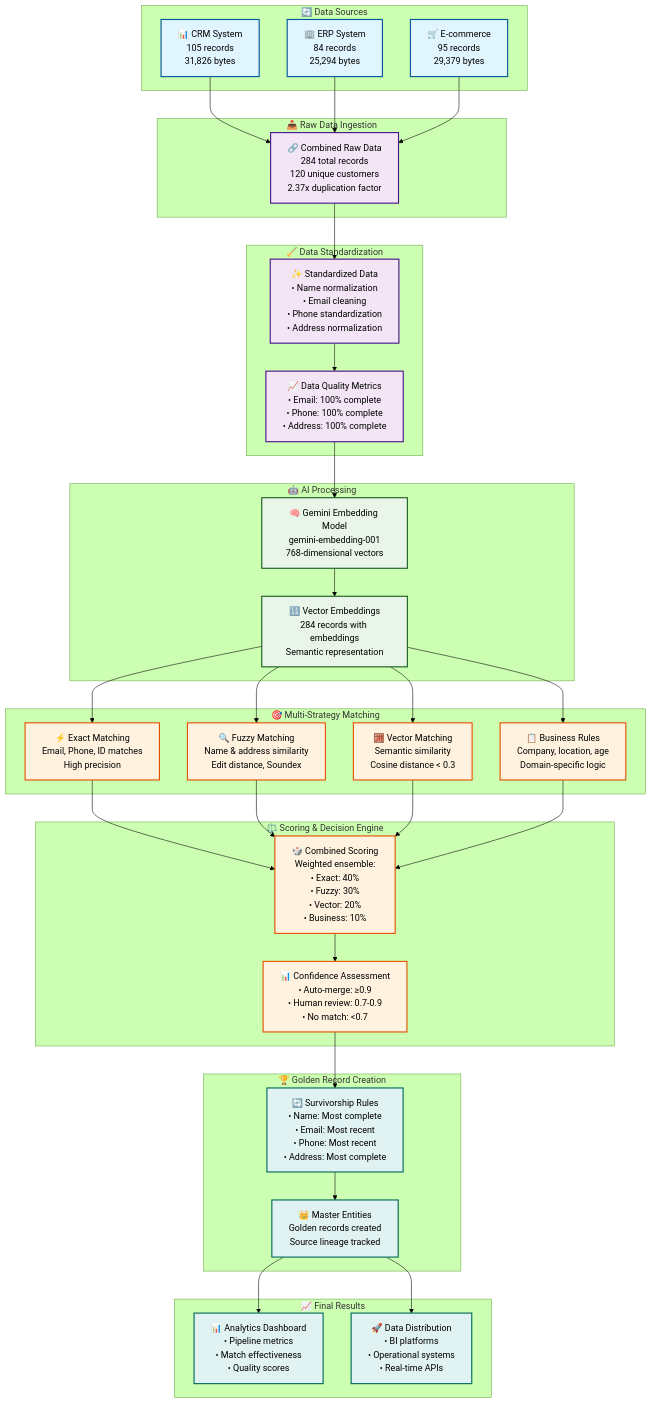
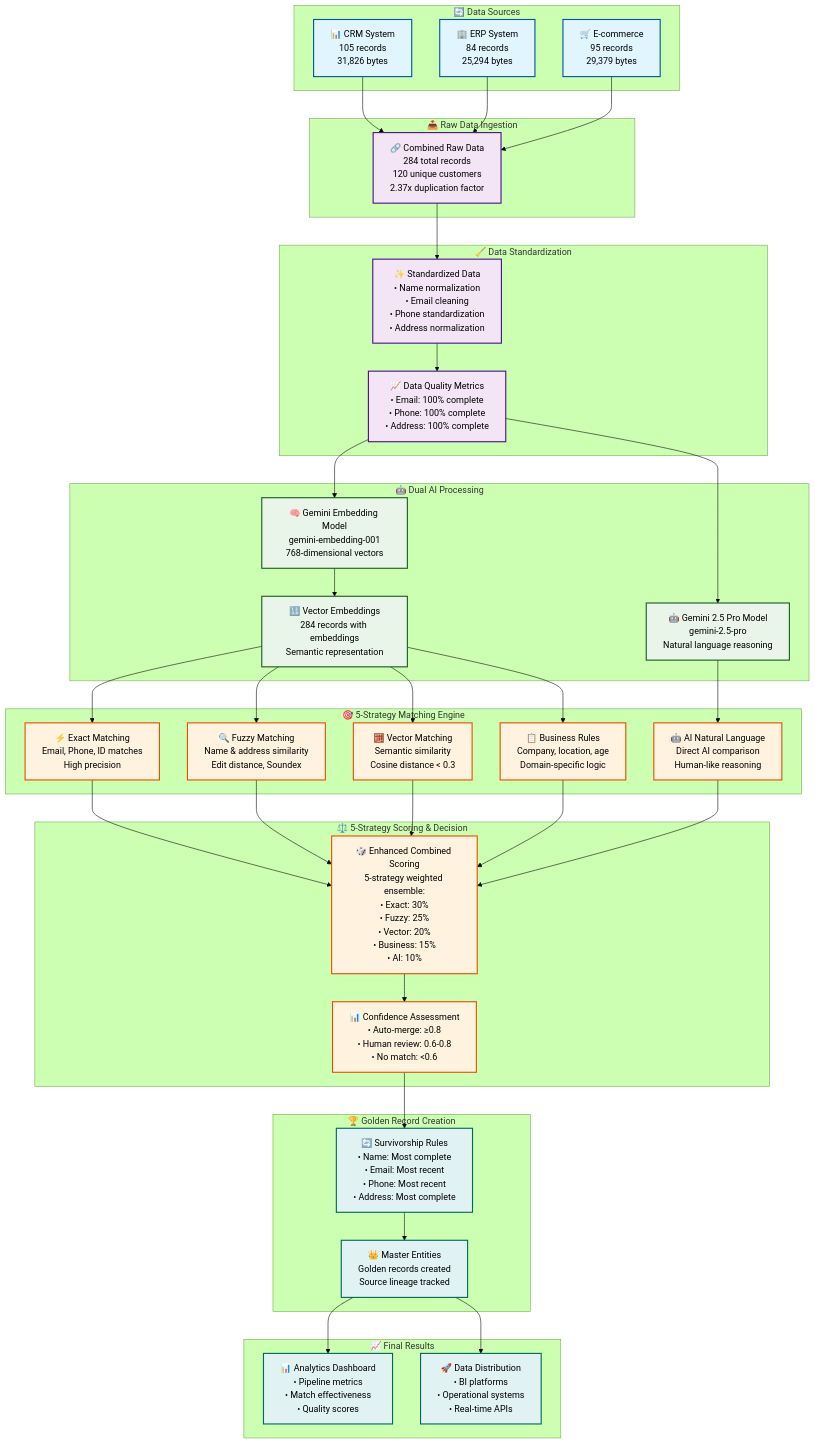
One commit to johanesalxd/mdm-gcp changed the first of 4 diagrams in batch_mdm_gcp/MDM_BATCH_RESULTS.md. Above: the diagram before and after it, drawn with Mermaid (forest theme). The commit also changed other lines of this file and 2 other files, not shown here.

````diff
--- a/batch_mdm_gcp/MDM_BATCH_RESULTS.md
+++ b/batch_mdm_gcp/MDM_BATCH_RESULTS.md
@@ -35,23 +35,25 @@
     end
 
     %% AI Processing
-    subgraph AI["🤖 AI Processing"]
+    subgraph AI["🤖 Dual AI Processing"]
         MODEL["🧠 Gemini Embedding Model<br/>gemini-embedding-001<br/>768-dimensional vectors"]
         EMBED["🔢 Vector Embeddings<br/>284 records with embeddings<br/>Semantic representation"]
+        AI_MODEL["🤖 Gemini 2.5 Pro Model<br/>gemini-2.5-pro<br/>Natural language reasoning"]
     end
 
     %% Matching Engine
-    subgraph Matching["🎯 Multi-Strategy Matching"]
+    subgraph Matching["🎯 5-Strategy Matching Engine"]
         EXACT["⚡ Exact Matching<br/>Email, Phone, ID matches<br/>High precision"]
         FUZZY["🔍 Fuzzy Matching<br/>Name & address similarity<br/>Edit distance, Soundex"]
         VECTOR["🧮 Vector Matching<br/>Semantic similarity<br/>Cosine distance < 0.3"]
         BUSINESS["📋 Business Rules<br/>Company, location, age<br/>Domain-specific logic"]
+        AI_NL["🤖 AI Natural Language<br/>Direct AI comparison<br/>Human-like reasoning"]
     end
 
     %% Scoring & Decision
-    subgraph Decision["⚖️ Scoring & Decision Engine"]
-        COMBINE["🎲 Combined Scoring<br/>Weighted ensemble:<br/>• Exact: 40%<br/>• Fuzzy: 30%<br/>• Vector: 20%<br/>• Business: 10%"]
-        CONFIDENCE["📊 Confidence Assessment<br/>• Auto-merge: ≥0.9<br/>• Human review: 0.7-0.9<br/>• No match: <0.7"]
+    subgraph Decision["⚖️ 5-Strategy Scoring & Decision"]
+        COMBINE["🎲 Enhanced Combined Scoring<br/>5-strategy weighted ensemble:<br/>• Exact: 30%<br/>• Fuzzy: 25%<br/>• Vector: 20%<br/>• Business: 15%<br/>• AI: 10%"]
+        CONFIDENCE["📊 Confidence Assessment<br/>• Auto-merge: ≥0.8<br/>• Human review: 0.6-0.8<br/>• No match: <0.6"]
     end
 
     %% Golden Records
@@ -75,16 +77,19 @@
     CLEAN --> QUALITY
     QUALITY --> MODEL
     MODEL --> EMBED
+    QUALITY --> AI_MODEL
 
     EMBED --> EXACT
     EMBED --> FUZZY
     EMBED --> VECTOR
     EMBED --> BUSINESS
+    AI_MODEL --> AI_NL
 
     EXACT --> COMBINE
     FUZZY --> COMBINE
     VECTOR --> COMBINE
     BUSINESS --> COMBINE
+    AI_NL --> COMBINE
 
     COMBINE --> CONFIDENCE
     CONFIDENCE --> SURVIVE
@@ -102,7 +107,7 @@
 
     class CRM,ERP,ECOM sourceStyle
     class COMBINED,CLEAN,QUALITY processStyle
-    class MODEL,EMBED aiStyle
-    class EXACT,FUZZY,VECTOR,BUSINESS,COMBINE,CONFIDENCE matchStyle
+    class MODEL,EMBED,AI_MODEL aiStyle
+    class EXACT,FUZZY,VECTOR,BUSINESS,AI_NL,COMBINE,CONFIDENCE matchStyle
     class SURVIVE,MASTER,ANALYTICS,DISTRIBUTION resultStyle
 ```
````
